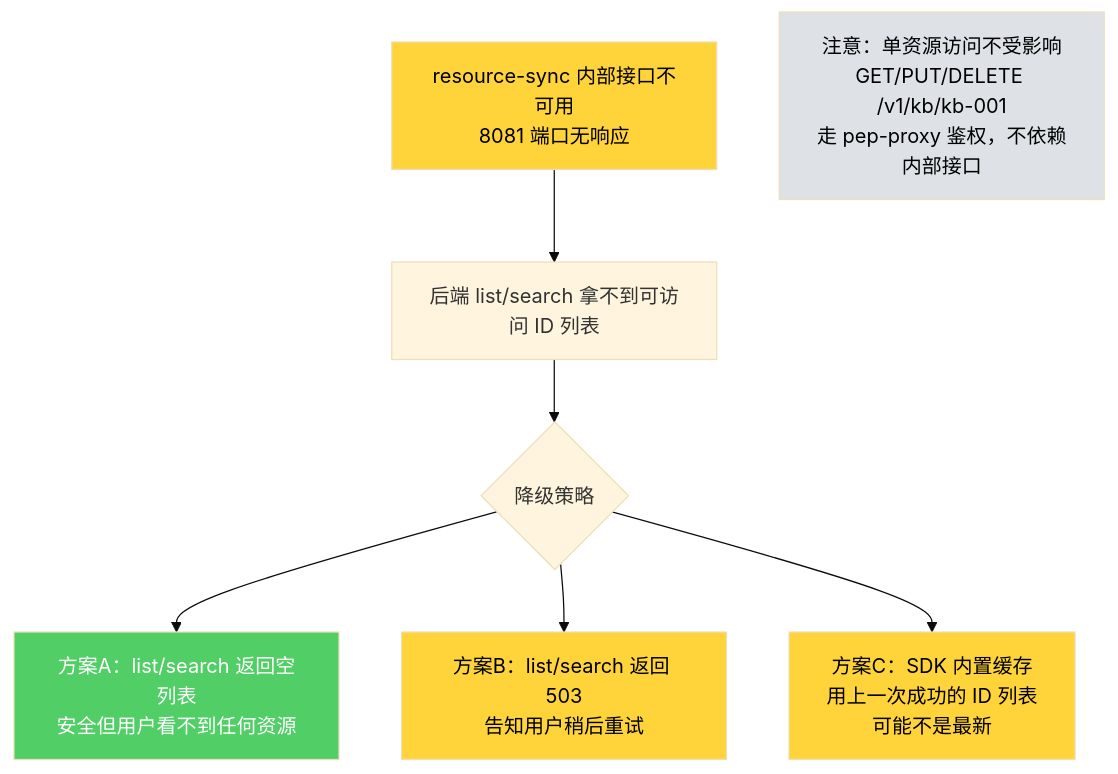
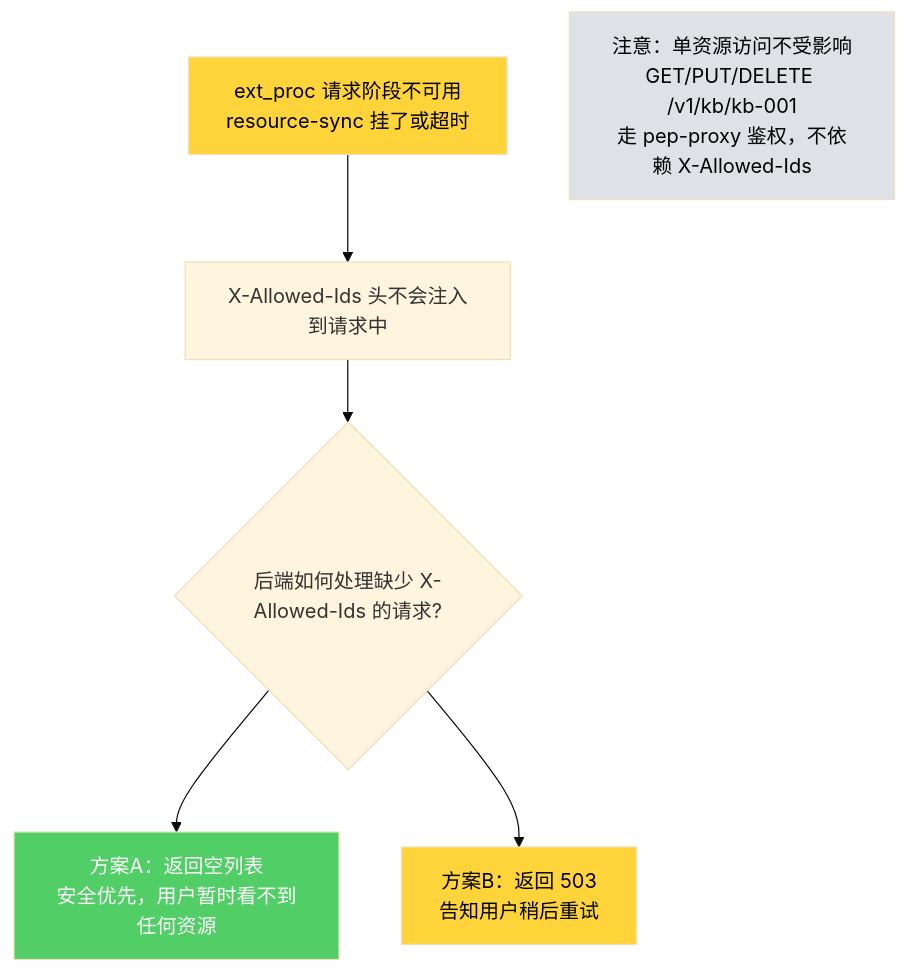
Diagram 12 of 14 in diagrams/failure-scenarios.md (xiewanchao/aidp-iam), drawn with Mermaid (base theme) before and after one commit. The commit also changed other lines of this file and 43 other files, not shown here.

First line of the commit message:
feat: IAM v2.0 - groups model, resource ACL, ext_proc, API Key auth

````diff
--- a/diagrams/failure-scenarios.md
+++ b/diagrams/failure-scenarios.md
@@ -482,17 +443,15 @@
 ```mermaid
 flowchart TD
-    RS_INTERNAL_DOWN["resource-sync 内部接口不可用<br/>8081 端口无响应"] --> IMPACT1["后端 list/search 拿不到可访问 ID 列表"]
-    IMPACT1 --> STRATEGY{"降级策略"}
+    EP_DOWN["ext_proc 请求阶段不可用<br/>resource-sync 挂了或超时"] --> IMPACT1["X-Allowed-Ids 头不会注入到请求中"]
+    IMPACT1 --> STRATEGY{"后端如何处理缺少 X-Allowed-Ids 的请求?"}
 
-    STRATEGY --> OPT1["方案A：list/search 返回空列表<br/>安全但用户看不到任何资源"]
-    STRATEGY --> OPT2["方案B：list/search 返回 503<br/>告知用户稍后重试"]
-    STRATEGY --> OPT3["方案C：SDK 内置缓存<br/>用上一次成功的 ID 列表<br/>可能不是最新"]
+    STRATEGY --> OPT1["方案A：返回空列表<br/>安全优先，用户暂时看不到任何资源"]
+    STRATEGY --> OPT2["方案B：返回 503<br/>告知用户稍后重试"]
 
-    NOTE["注意：单资源访问不受影响<br/>GET/PUT/DELETE /v1/kb/kb-001<br/>走 pep-proxy 鉴权，不依赖内部接口"]
+    NOTE["注意：单资源访问不受影响<br/>GET/PUT/DELETE /v1/kb/kb-001<br/>走 pep-proxy 鉴权，不依赖 X-Allowed-Ids"]
 
-    style RS_INTERNAL_DOWN fill:#ffd43b,color:#000
+    style EP_DOWN fill:#ffd43b,color:#000
     style OPT1 fill:#51cf66,color:#fff
     style OPT2 fill:#ffd43b,color:#000
-    style OPT3 fill:#ffd43b,color:#000
     style NOTE fill:#dee2e6,color:#000
 ```
````
